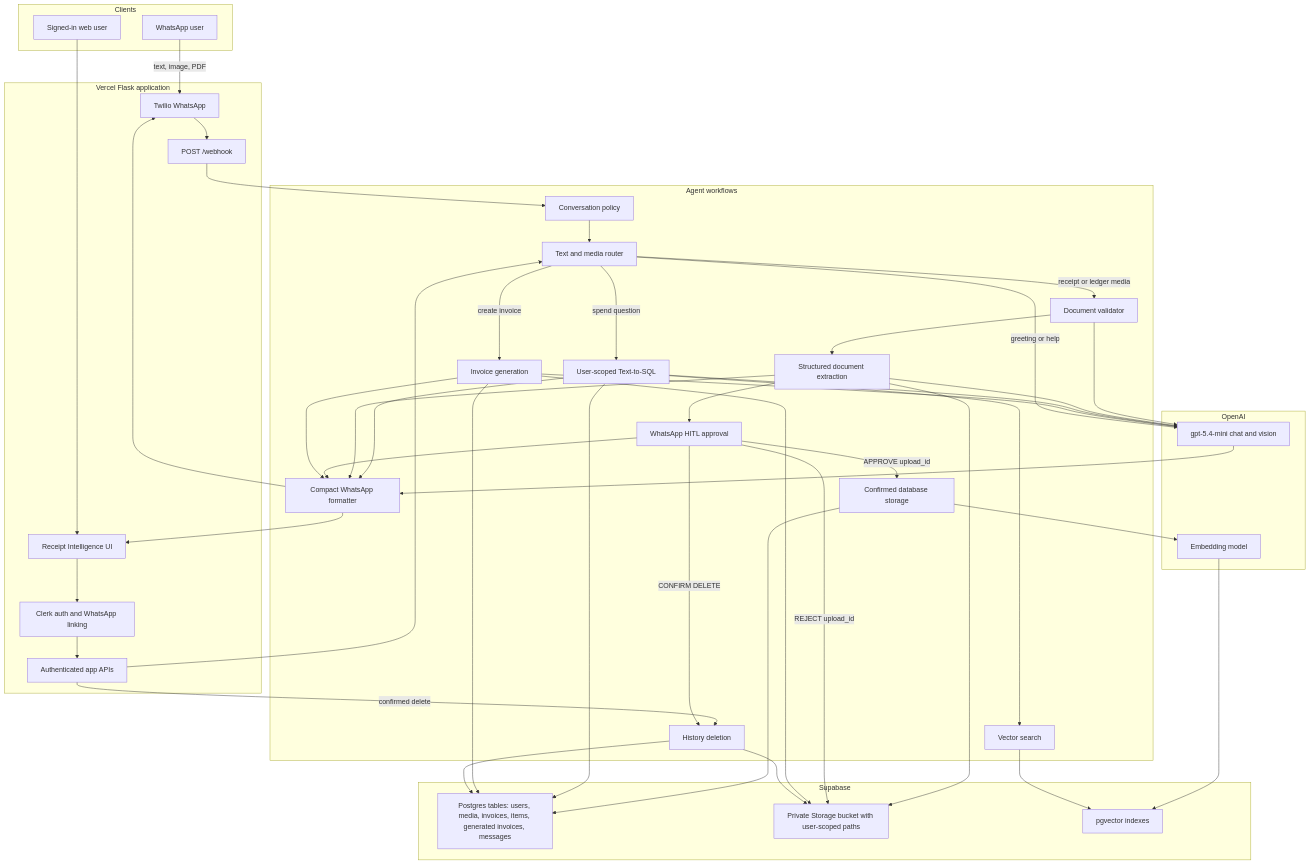
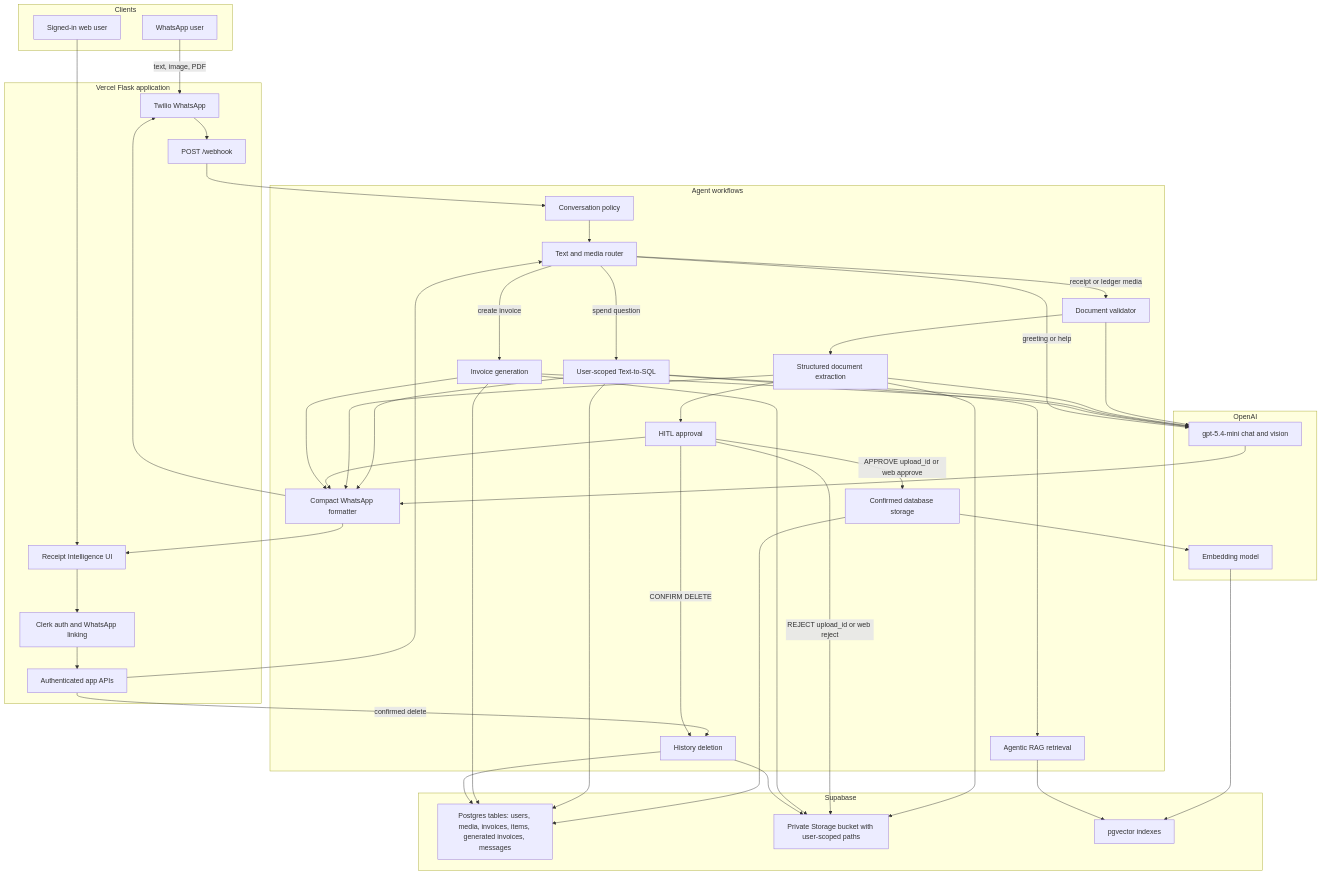
Before and after one commit to Abby263/whatsapp-invoice-assistant: the diagram in README.md, drawn with Mermaid. The commit also changed other lines of this file and 20 other files, not shown here.

Commit message:
Add guarded RAG and upload review flow (#52)

```diff
--- a/README.md
+++ b/README.md
@@ -74,10 +75,10 @@
         ROUTER["Text and media router"]
         VALIDATOR["Document validator"]
         EXTRACTOR["Structured document extraction"]
-        HITL["WhatsApp HITL approval"]
+        HITL["HITL approval"]
         STORE["Confirmed database storage"]
         SQL["User-scoped Text-to-SQL"]
-        RAG["Vector search"]
+        RAG["Agentic RAG retrieval"]
         GENERATOR["Invoice generation"]
         HIST["History deletion"]
         FORMATTER["Compact WhatsApp formatter"]
@@ -109,8 +110,8 @@
     EXTRACTOR --> CHAT
     EXTRACTOR --> STORAGE
     EXTRACTOR --> HITL
-    HITL -->|"APPROVE upload_id"| STORE
-    HITL -->|"REJECT upload_id"| STORAGE
+    HITL -->|"APPROVE upload_id or web approve"| STORE
+    HITL -->|"REJECT upload_id or web reject"| STORAGE
     STORE --> DB
     STORE --> EMBED
     EMBED --> VECTOR
```
